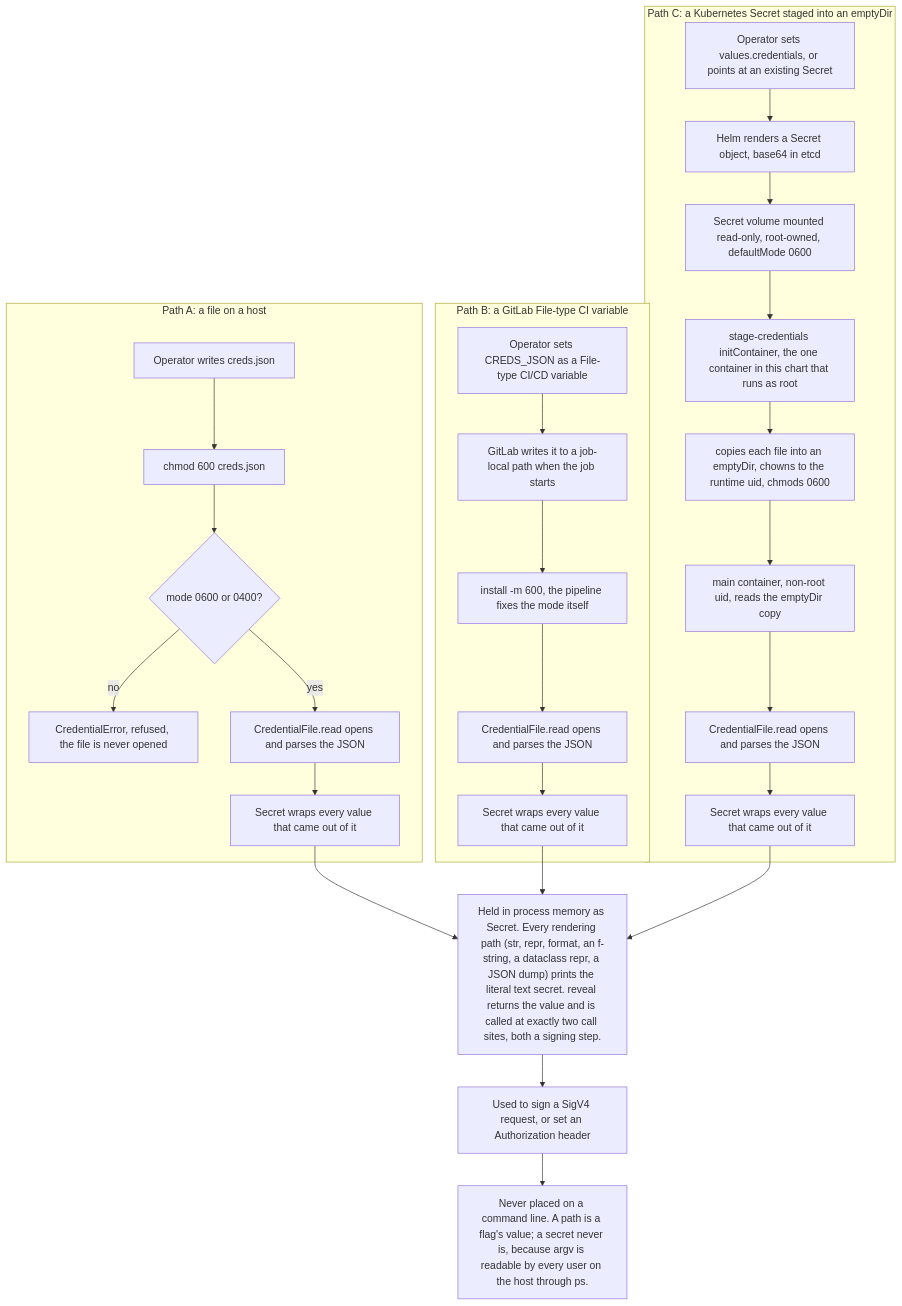
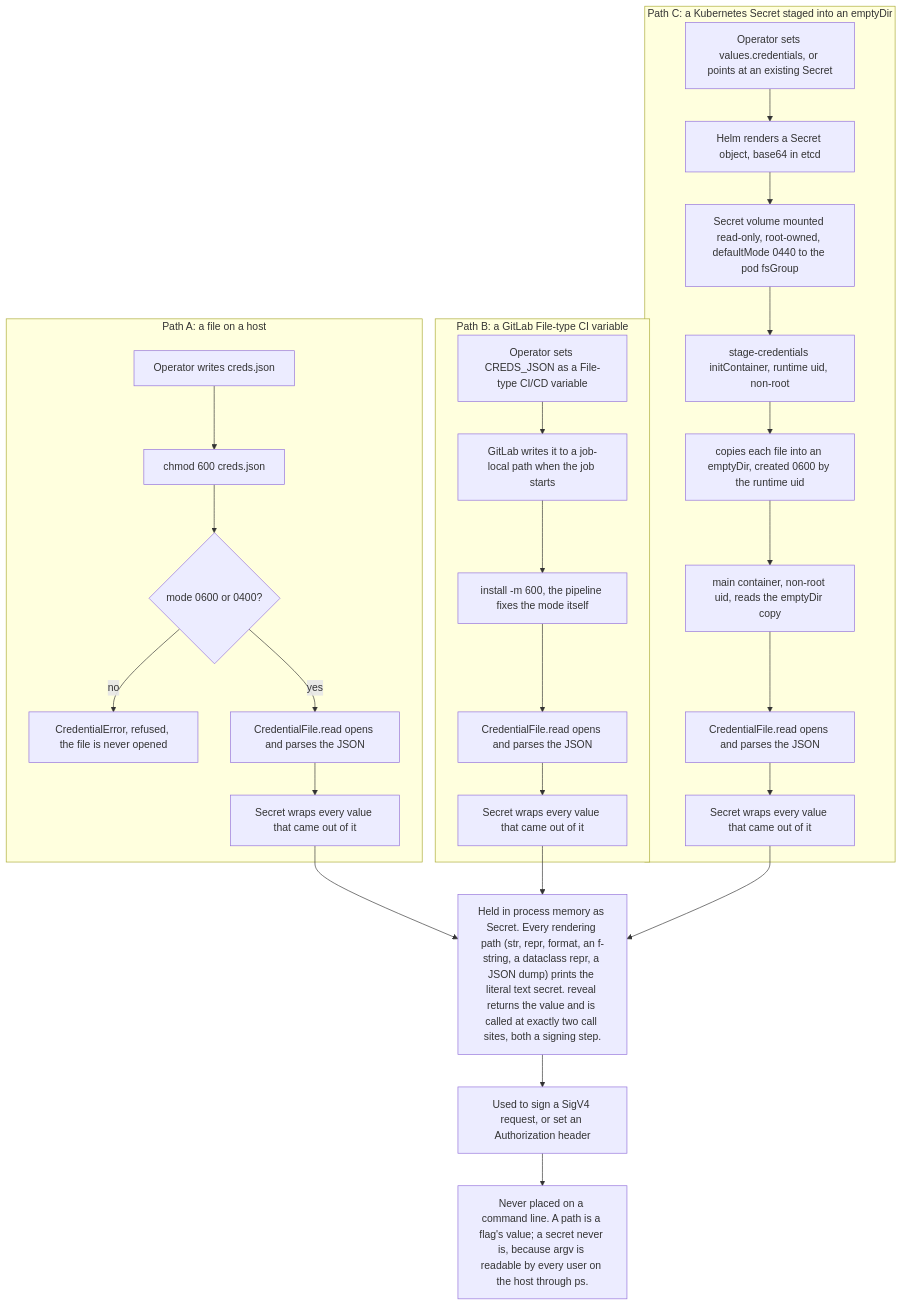
One commit to thanatostyrannos/elasticsearch-oci-s3-workaround changed the seventh of 15 diagrams in docs/security/threat-model.md. Above: the diagram before and after it, drawn with Mermaid. The commit also changed other lines of this file and 4 other files, not shown here.

First line of the commit message:
Stage the rig's credentials as the pod user instead of root

````diff
--- a/docs/security/threat-model.md
+++ b/docs/security/threat-model.md
@@ -517,34 +517,34 @@
 ```mermaid
 flowchart TD
     subgraph PathA["Path A: a file on a host"]
         A1["Operator writes creds.json"] --> A2["chmod 600 creds.json"]
         A2 --> A3{"mode 0600 or 0400?"}
         A3 -->|"no"| A4["CredentialError, refused, the file is never opened"]
         A3 -->|"yes"| A5["CredentialFile.read opens and parses the JSON"]
         A5 --> A6["Secret wraps every value that came out of it"]
     end
 
     subgraph PathB["Path B: a GitLab File-type CI variable"]
         B1["Operator sets CREDS_JSON as a File-type CI/CD variable"] --> B2["GitLab writes it to a job-local path when the job starts"]
         B2 --> B3["install -m 600, the pipeline fixes the mode itself"]
         B3 --> B4["CredentialFile.read opens and parses the JSON"]
         B4 --> B5["Secret wraps every value that came out of it"]
     end
 
     subgraph PathC["Path C: a Kubernetes Secret staged into an emptyDir"]
         C1["Operator sets values.credentials, or points at an existing Secret"] --> C2["Helm renders a Secret object, base64 in etcd"]
-        C2 --> C3["Secret volume mounted read-only, root-owned, defaultMode 0600"]
-        C3 --> C4["stage-credentials initContainer, the one container in this chart that runs as root"]
-        C4 --> C5["copies each file into an emptyDir, chowns to the runtime uid, chmods 0600"]
+        C2 --> C3["Secret volume mounted read-only, root-owned, defaultMode 0440 to the pod fsGroup"]
+        C3 --> C4["stage-credentials initContainer, runtime uid, non-root"]
+        C4 --> C5["copies each file into an emptyDir, created 0600 by the runtime uid"]
         C5 --> C6["main container, non-root uid, reads the emptyDir copy"]
         C6 --> C7["CredentialFile.read opens and parses the JSON"]
         C7 --> C8["Secret wraps every value that came out of it"]
     end
 
     A6 --> Held["Held in process memory as Secret. Every rendering path (str, repr, format, an f-string, a dataclass repr, a JSON dump) prints the literal text secret. reveal returns the value and is called at exactly two call sites, both a signing step."]
     B5 --> Held
     C8 --> Held
 
     Held --> UseSign["Used to sign a SigV4 request, or set an Authorization header"]
     UseSign --> NeverArgv["Never placed on a command line. A path is a flag's value; a secret never is, because argv is readable by every user on the host through ps."]
 ```
````
